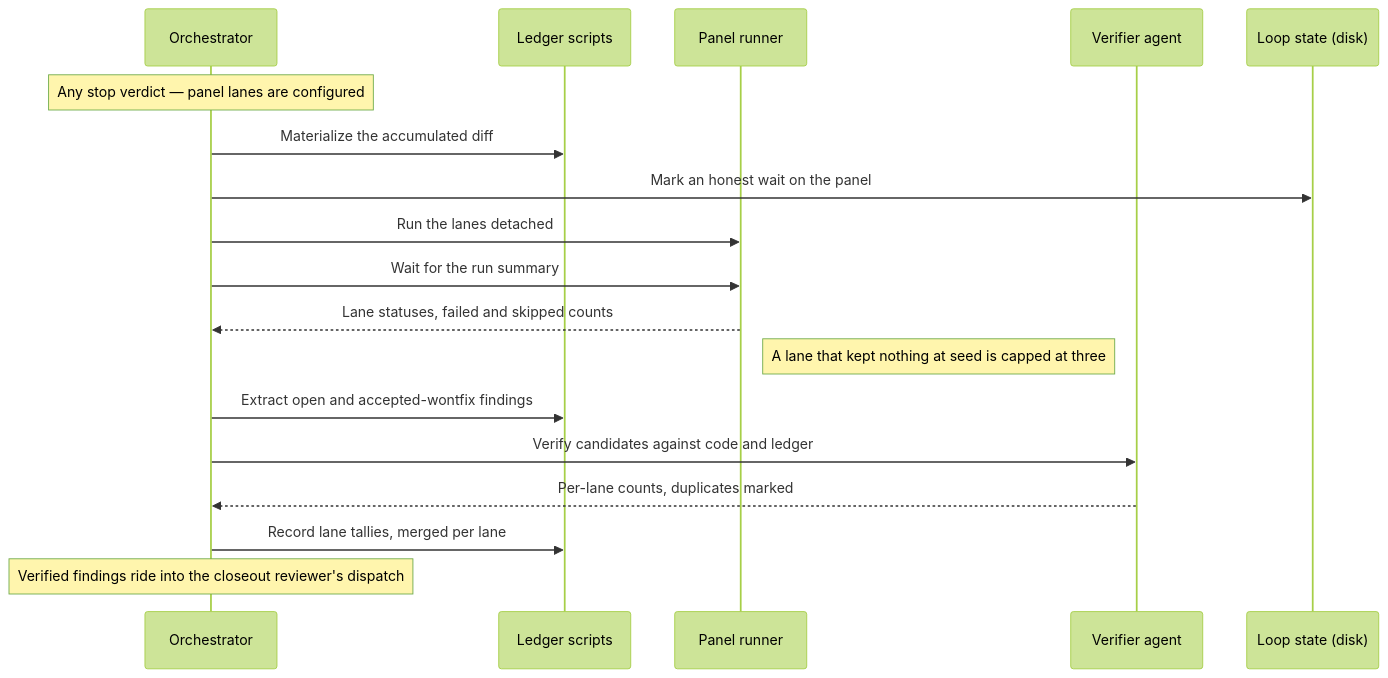
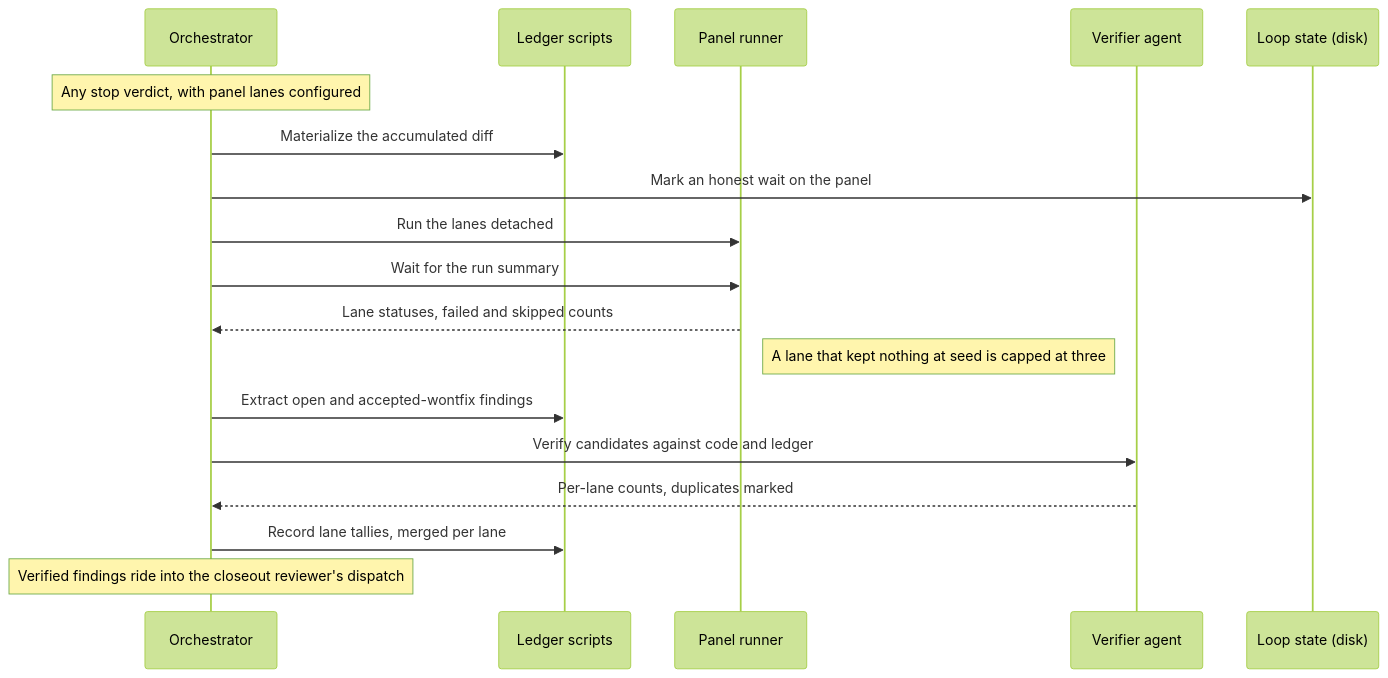
One commit to peterlit/quiller-claude-plugins changed diagram 15 of 30 in docs/architecture/review-loop-tools.md. Above: the diagram before and after it, drawn with Mermaid (forest theme). The commit also changed other lines of this file and 5 other files, not shown here.

````diff
--- a/docs/architecture/review-loop-tools.md
+++ b/docs/architecture/review-loop-tools.md
@@ -877,21 +1480,21 @@
 ```mermaid
 sequenceDiagram
     participant O as Orchestrator
     participant L as Ledger scripts
     participant P as Panel runner
     participant V as Verifier agent
     participant S as Loop state (disk)
 
-    Note over O: Any stop verdict — panel lanes are configured
+    Note over O: Any stop verdict, with panel lanes configured
     O->>L: Materialize the accumulated diff
     O->>S: Mark an honest wait on the panel
     O->>P: Run the lanes detached
     O->>P: Wait for the run summary
     P-->>O: Lane statuses, failed and skipped counts
     Note right of P: A lane that kept nothing at seed is capped at three
     O->>L: Extract open and accepted-wontfix findings
     O->>V: Verify candidates against code and ledger
     V-->>O: Per-lane counts, duplicates marked
     O->>L: Record lane tallies, merged per lane
     Note over O: Verified findings ride into the closeout reviewer's dispatch
 ```
````
